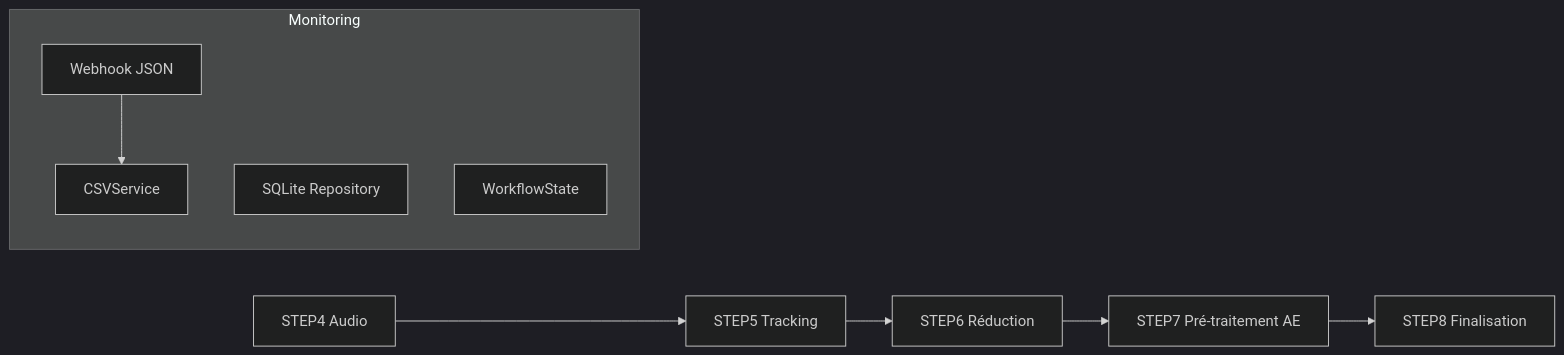
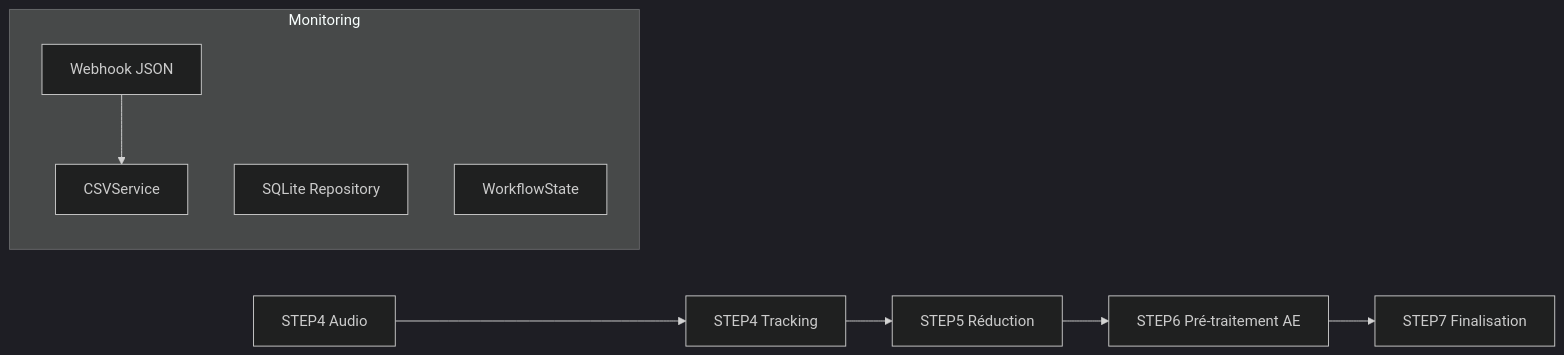
The diagram in docs/workflow/services/csv-service.md (ki2pixel/workflow_mediapipe), drawn with Mermaid (dark theme) before and after one commit. The commit also changed other lines of this file and 73 other files, not shown here.

````diff
--- a/docs/workflow/services/csv-service.md
+++ b/docs/workflow/services/csv-service.md
@@ -277,13 +277,13 @@
 ```mermaid
 graph LR
-    A[STEP4 Audio] --> B[STEP5 Tracking]
-    B --> C[STEP6 Réduction]
-    C --> D[STEP7 Pré-traitement AE]
-    D --> E[STEP8 Finalisation]
+    A[STEP4 Audio] --> B[STEP4 Tracking]
+    B --> C[STEP5 Réduction]
+    C --> D[STEP6 Pré-traitement AE]
+    D --> E[STEP7 Finalisation]
     
     subgraph "Monitoring"
         F[Webhook JSON] --> G[CSVService]
         H[SQLite Repository]
         I[WorkflowState]
     end
 ```
````
